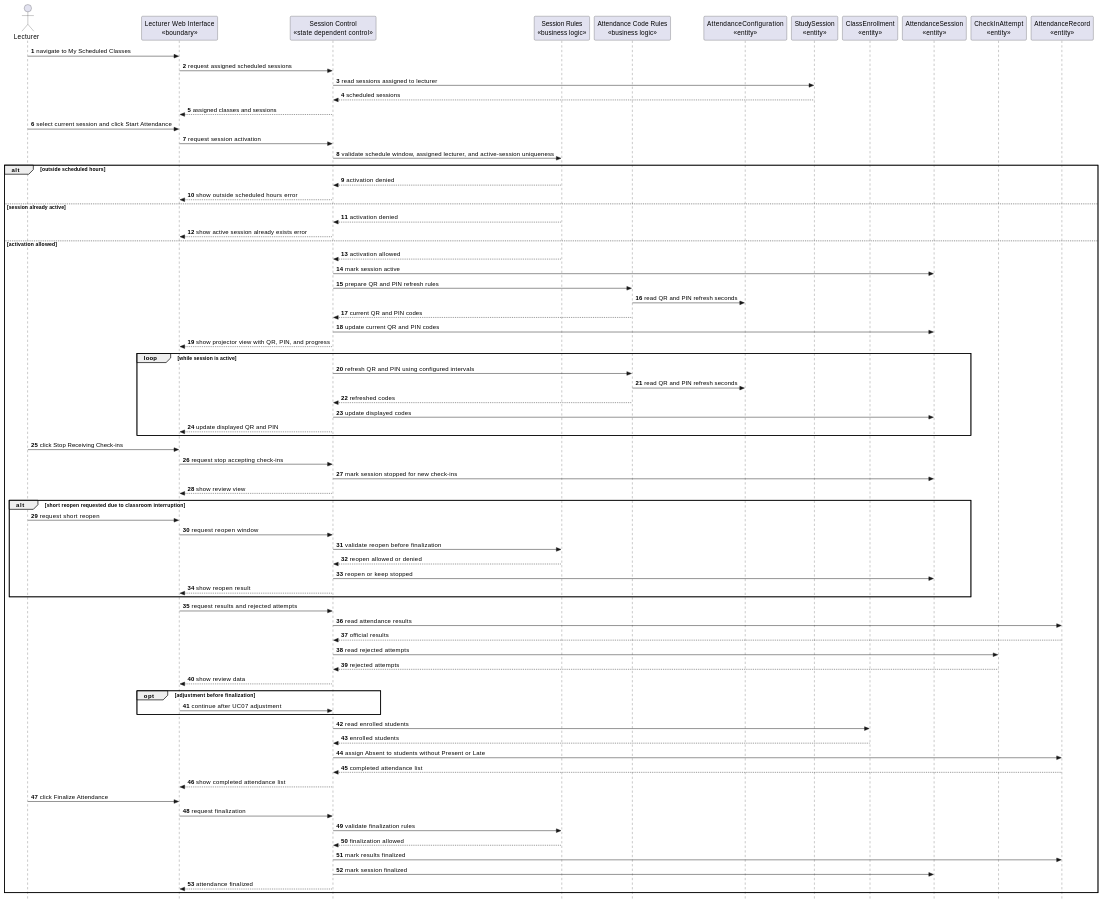
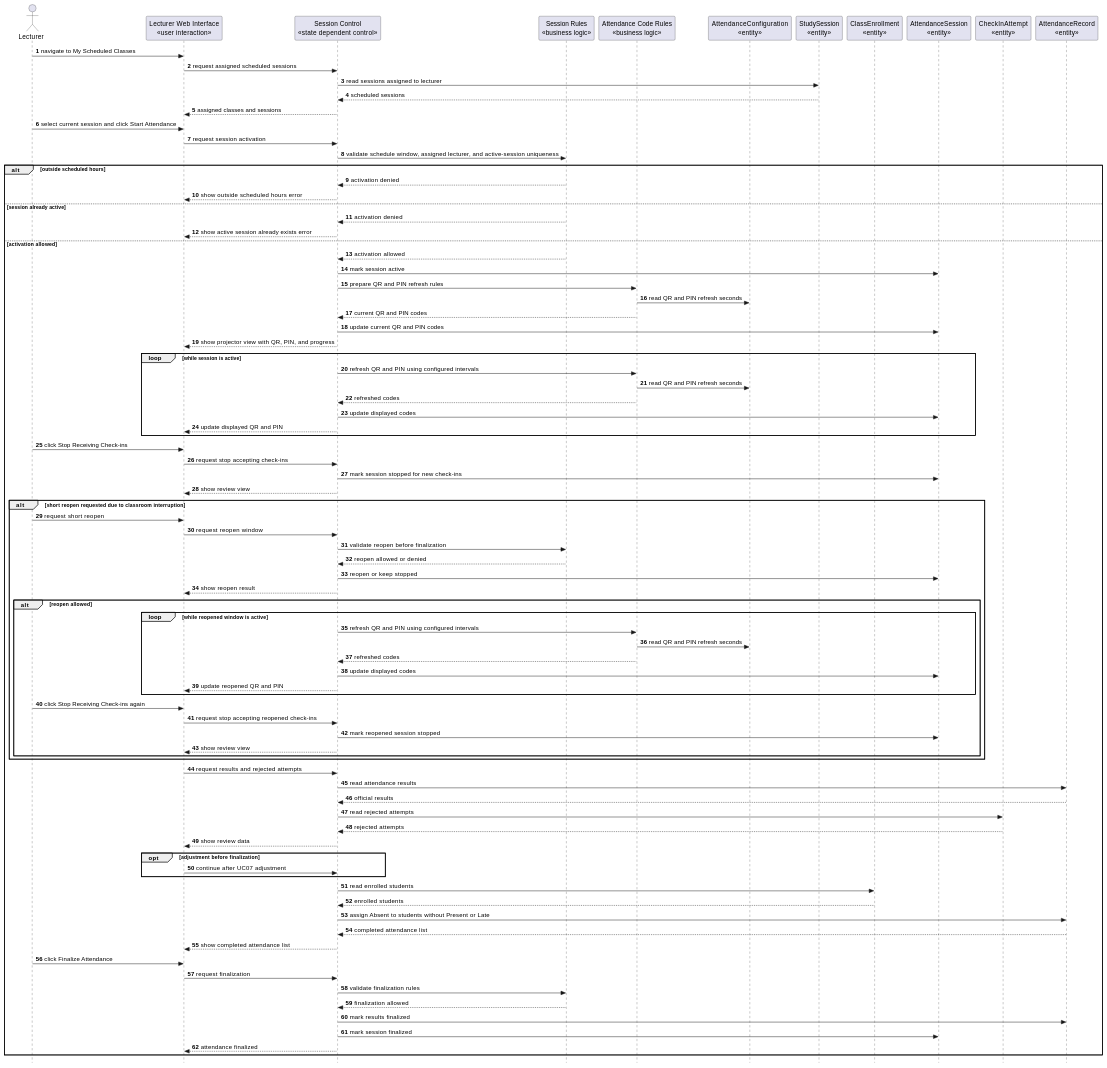
Diagram 15 of 29 in docs/sds/2_Analysis.md (nttung42/SWD392), drawn with PlantUML before and after one commit. The commit also changed other lines of this file and 1 other file, not shown here.

```diff
--- a/docs/sds/2_Analysis.md
+++ b/docs/sds/2_Analysis.md
@@ -715,7 +761,7 @@
 skinparam style strictuml
 autonumber
 actor "Lecturer" as Lecturer
-participant "Lecturer Web Interface\n«boundary»" as LecturerUI
+participant "Lecturer Web Interface\n«user interaction»" as LecturerUI
 participant "Session Control\n«state dependent control»" as SessionControl
 participant "Session Rules\n«business logic»" as SessionRules
 participant "Attendance Code Rules\n«business logic»" as CodeRules
@@ -770,6 +816,21 @@
     SessionRules --> SessionControl : reopen allowed or denied
     SessionControl -> AttendanceSession : reopen or keep stopped
     SessionControl --> LecturerUI : show reopen result
+
+    alt reopen allowed
+      loop while reopened window is active
+        SessionControl -> CodeRules : refresh QR and PIN using configured intervals
+        CodeRules -> AttendanceConfig : read QR and PIN refresh seconds
+        CodeRules --> SessionControl : refreshed codes
+        SessionControl -> AttendanceSession : update displayed codes
+        SessionControl --> LecturerUI : update reopened QR and PIN
+      end
+
+      Lecturer -> LecturerUI : click Stop Receiving Check-ins again
+      LecturerUI -> SessionControl : request stop accepting reopened check-ins
+      SessionControl -> AttendanceSession : mark reopened session stopped
+      SessionControl --> LecturerUI : show review view
+    end
   end
 
   LecturerUI -> SessionControl : request results and rejected attempts
```
